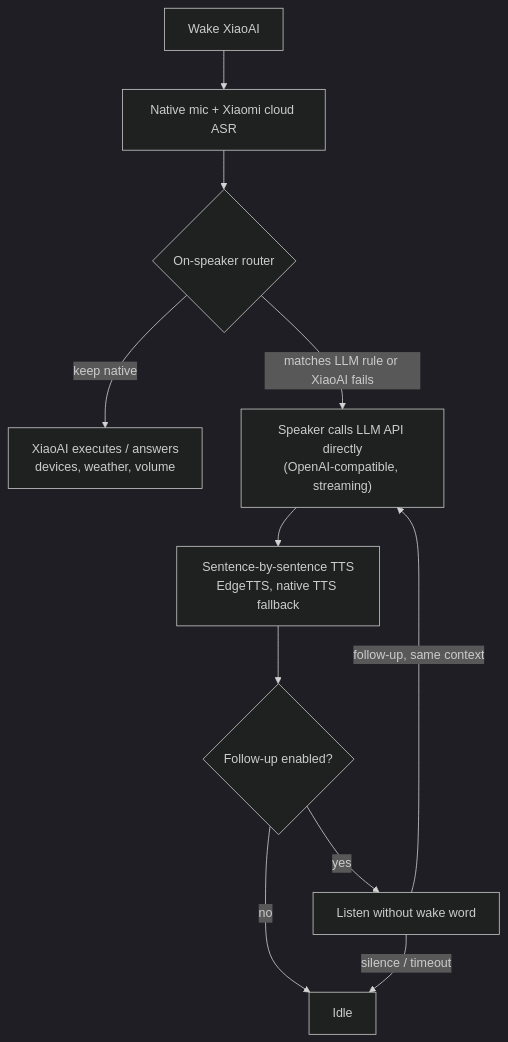
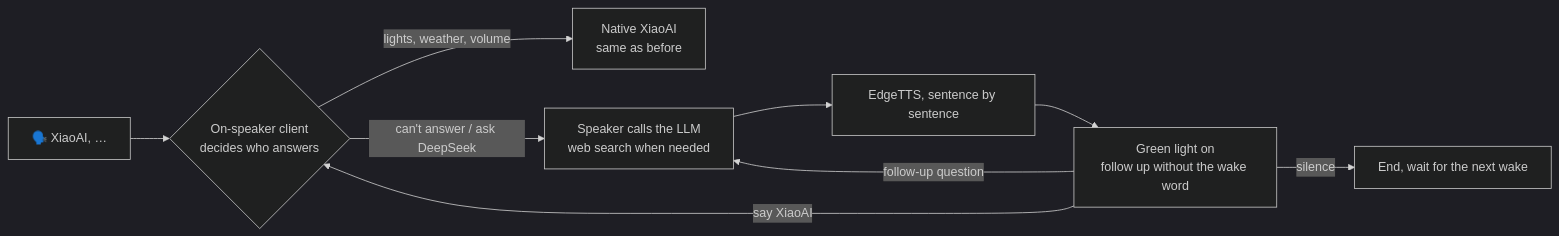
Before and after one commit to open-speaker-llm/xiaomi_ai_llm: the diagram in README_en.md, drawn with Mermaid (dark theme). The commit also changed other lines of this file and 1 other file, not shown here.

Commit message:
docs: 用面向使用者的简图替换工作原理流程图
中英文首页改为同一条对话路径；细的 boot1 流程仍留在 native-first 文档里。

````diff
--- a/README_en.md
+++ b/README_en.md
@@ -43,13 +43,11 @@
 ```mermaid
-flowchart TD
-    wake["Wake XiaoAI"] --> speech["Native mic + Xiaomi cloud ASR"]
-    speech --> route{"On-speaker router"}
-    route -->|keep native| native["XiaoAI executes / answers<br/>devices, weather, volume"]
-    route -->|matches LLM rule or XiaoAI fails| llm["Speaker calls LLM API directly<br/>(OpenAI-compatible, streaming)"]
-    llm --> tts["Sentence-by-sentence TTS<br/>EdgeTTS, native TTS fallback"]
-    tts --> followup{"Follow-up enabled?"}
-    followup -->|yes| listen["Listen without wake word"]
-    followup -->|no| idle["Idle"]
-    listen -->|follow-up, same context| llm
-    listen -->|silence / timeout| idle
+flowchart LR
+    A["🗣️ XiaoAI, …"] --> B{"On-speaker client<br/>decides who answers"}
+    B -->|lights, weather, volume| C["Native XiaoAI<br/>same as before"]
+    B -->|can't answer / ask DeepSeek| D["Speaker calls the LLM<br/>web search when needed"]
+    D --> E["EdgeTTS, sentence by sentence"]
+    E --> F["Green light on<br/>follow up without the wake word"]
+    F -->|follow-up question| D
+    F -->|say XiaoAI| B
+    F -->|silence| G["End, wait for the next wake"]
 ```
````
